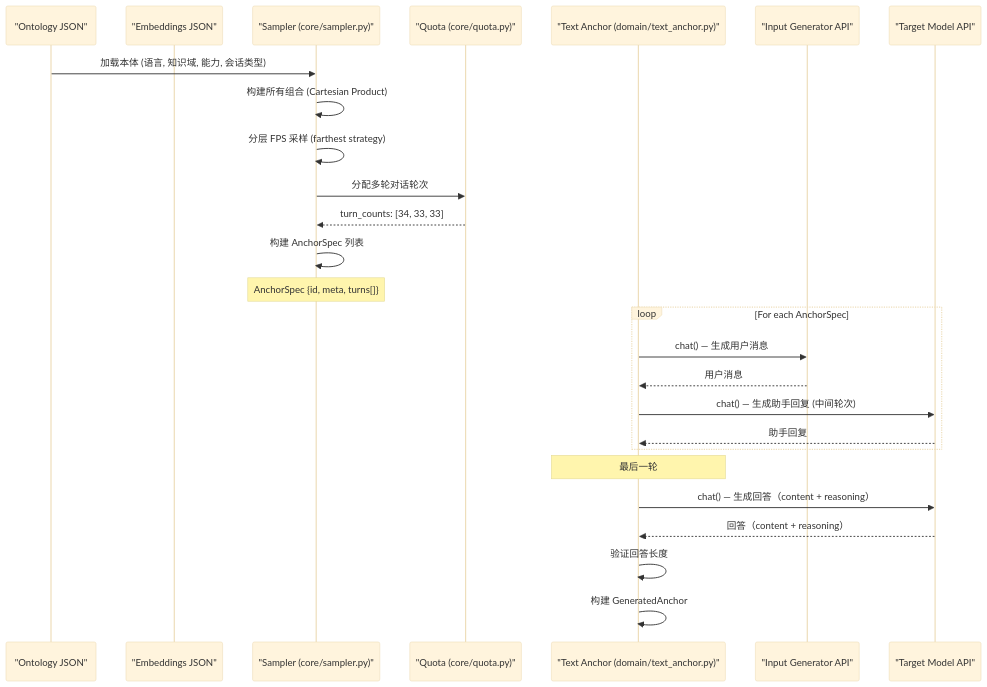
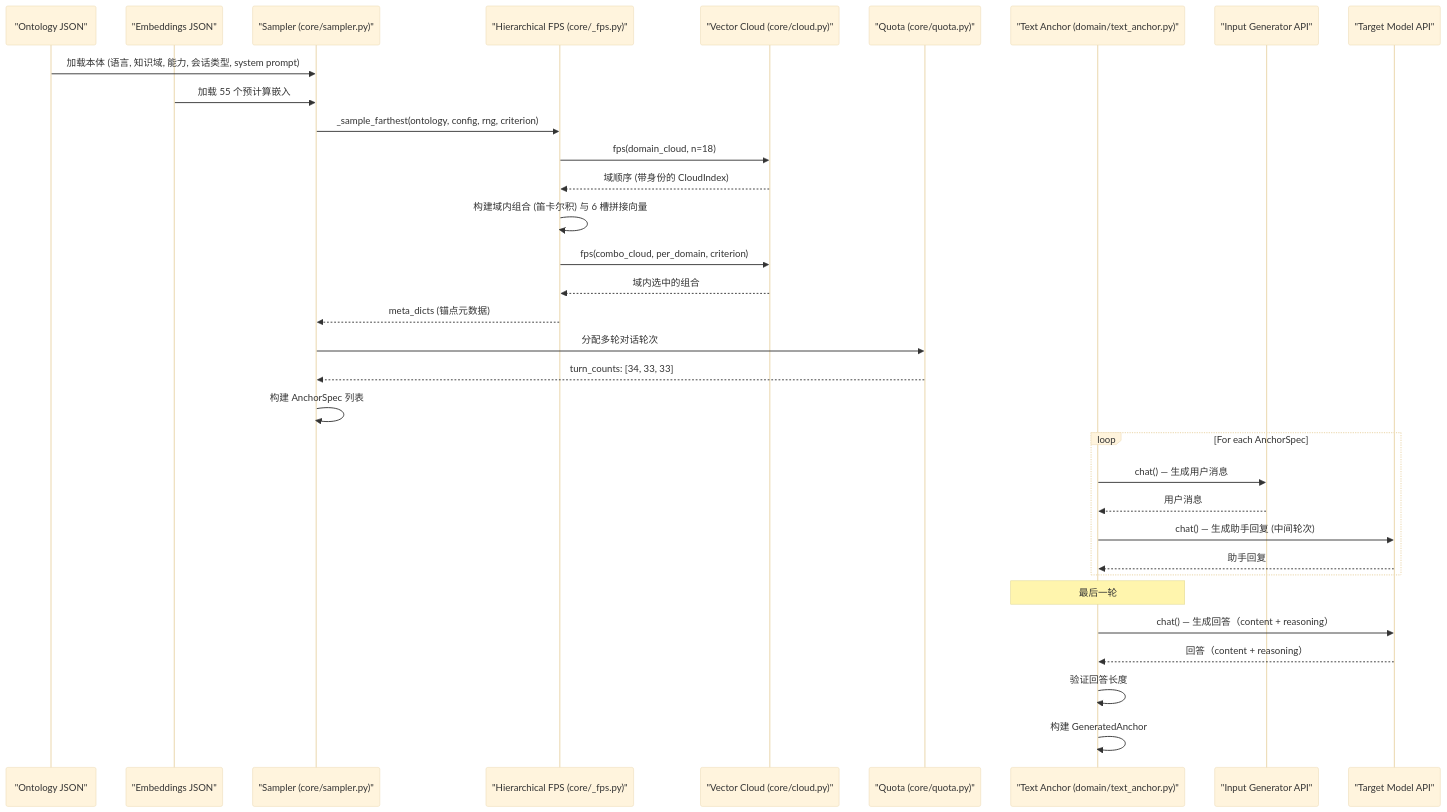
One commit to godthrone/anchor-replay-distillation changed the third of 10 diagrams in docs/architecture.md. Above: the diagram before and after it, drawn with Mermaid (base theme). The commit also changed other lines of this file, not shown here.

First line of the commit message:
docs(architecture): align module map and appendix with src/ard, sink impl details

````diff
--- a/docs/architecture.md
+++ b/docs/architecture.md
@@ -240,30 +399,37 @@
 ```mermaid
 sequenceDiagram
     participant Ontology as "Ontology JSON"
     participant Embeddings as "Embeddings JSON"
     participant Sampler as "Sampler (core/sampler.py)"
+    participant HierFPS as "Hierarchical FPS (core/_fps.py)"
+    participant Cloud as "Vector Cloud (core/cloud.py)"
     participant Quota as "Quota (core/quota.py)"
     participant TextAnchor as "Text Anchor (domain/text_anchor.py)"
     participant InputGen as "Input Generator API"
     participant Target as "Target Model API"
 
-    Ontology->>Sampler: 加载本体 (语言, 知识域, 能力, 会话类型)
-    Sampler->>Sampler: 构建所有组合 (Cartesian Product)
-    Sampler->>Sampler: 分层 FPS 采样 (farthest strategy)
+    Ontology->>Sampler: 加载本体 (语言, 知识域, 能力, 会话类型, system prompt)
+    Embeddings->>Sampler: 加载 55 个预计算嵌入
+    Sampler->>HierFPS: _sample_farthest(ontology, config, rng, criterion)
+    HierFPS->>Cloud: fps(domain_cloud, n=18)
+    Cloud-->>HierFPS: 域顺序 (带身份的 CloudIndex)
+    HierFPS->>HierFPS: 构建域内组合 (笛卡尔积) 与 6 槽拼接向量
+    HierFPS->>Cloud: fps(combo_cloud, per_domain, criterion)
+    Cloud-->>HierFPS: 域内选中的组合
+    HierFPS-->>Sampler: meta_dicts (锚点元数据)
     Sampler->>Quota: 分配多轮对话轮次
     Quota-->>Sampler: turn_counts: [34, 33, 33]
     Sampler->>Sampler: 构建 AnchorSpec 列表
-    Note over Sampler: AnchorSpec {id, meta, turns[]}
 
     loop For each AnchorSpec
         TextAnchor->>InputGen: chat() — 生成用户消息
         InputGen-->>TextAnchor: 用户消息
         TextAnchor->>Target: chat() — 生成助手回复 (中间轮次)
         Target-->>TextAnchor: 助手回复
     end
     Note over TextAnchor: 最后一轮
     TextAnchor->>Target: chat() — 生成回答（content + reasoning）
     Target-->>TextAnchor: 回答（content + reasoning）
     TextAnchor->>TextAnchor: 验证回答长度
     TextAnchor->>TextAnchor: 构建 GeneratedAnchor
 ```
````
